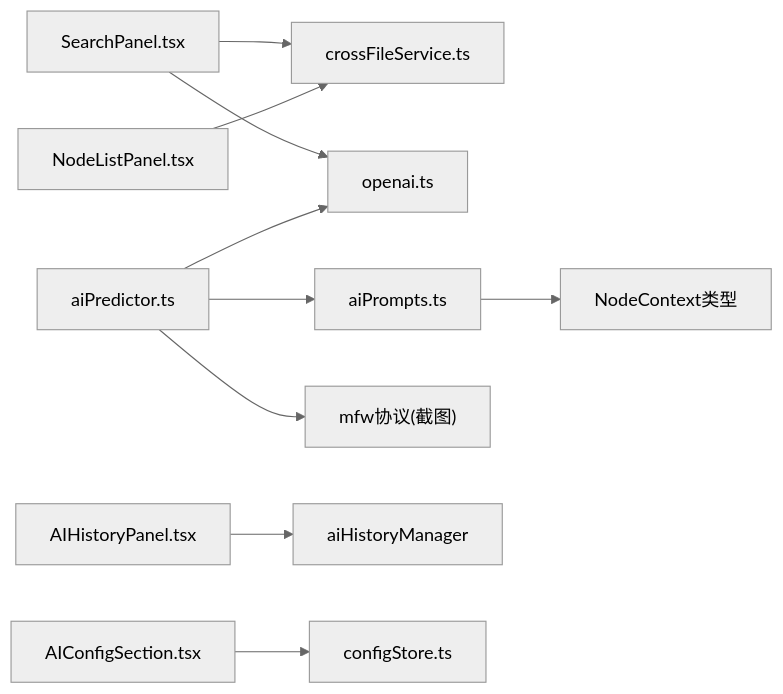
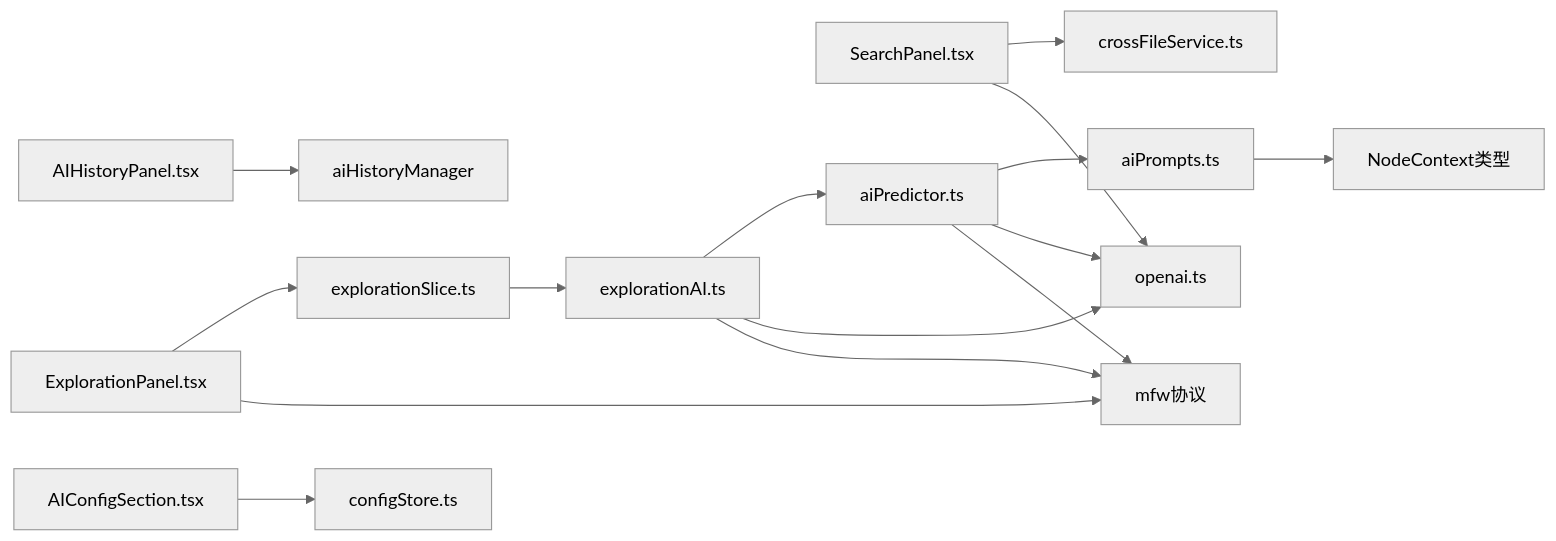
Diagram 11 of 11 in .qoder/repowiki/zh/content/AI辅助功能/AI辅助功能.md (kqcoxn/MaaPipelineEditor), drawn with Mermaid (neutral theme) before and after one commit. The commit also changed other lines of this file and 8 other files, not shown here.

````diff
--- a/.qoder/repowiki/zh/content/AI辅助功能/AI辅助功能.md
+++ b/.qoder/repowiki/zh/content/AI辅助功能/AI辅助功能.md
@@ -375,12 +492,17 @@
 ```mermaid
 graph LR
 SP["SearchPanel.tsx"] --> CFS["crossFileService.ts"]
 SP --> OA["openai.ts"]
-NLP["NodeListPanel.tsx"] --> CFS
-AIP["aiPredictor.ts"] --> AIPROMPT["aiPrompts.ts"]
+EP["ExplorationPanel.tsx"] --> EXP["explorationSlice.ts"]
+EP --> MFW["mfw协议"]
+EXP --> EXPAI["explorationAI.ts"]
+EXPAI --> AIP["aiPredictor.ts"]
+EXPAI --> OA
+EXPAI --> MFW
+AIP --> AIPROMPT["aiPrompts.ts"]
 AIP --> OA
-AIP --> MFW["mfw协议(截图)"]
+AIP --> MFW
 AIPROMPT --> TYPES["NodeContext类型"]
 HIS["AIHistoryPanel.tsx"] --> HM["aiHistoryManager"]
 AICFG["AIConfigSection.tsx"] --> CFG["configStore.ts"]
 ```
````
